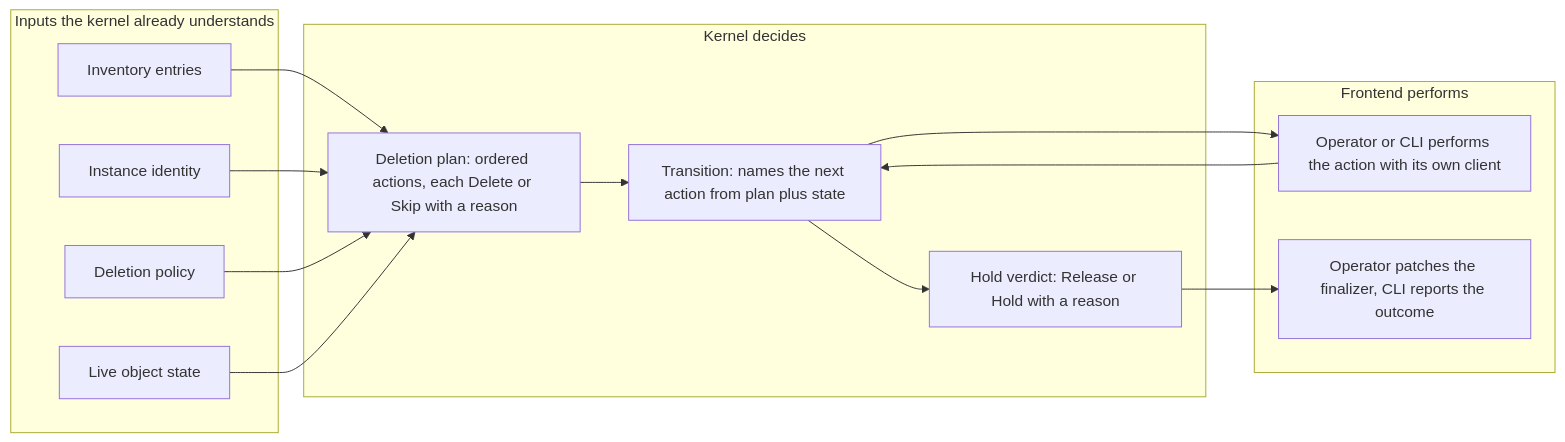
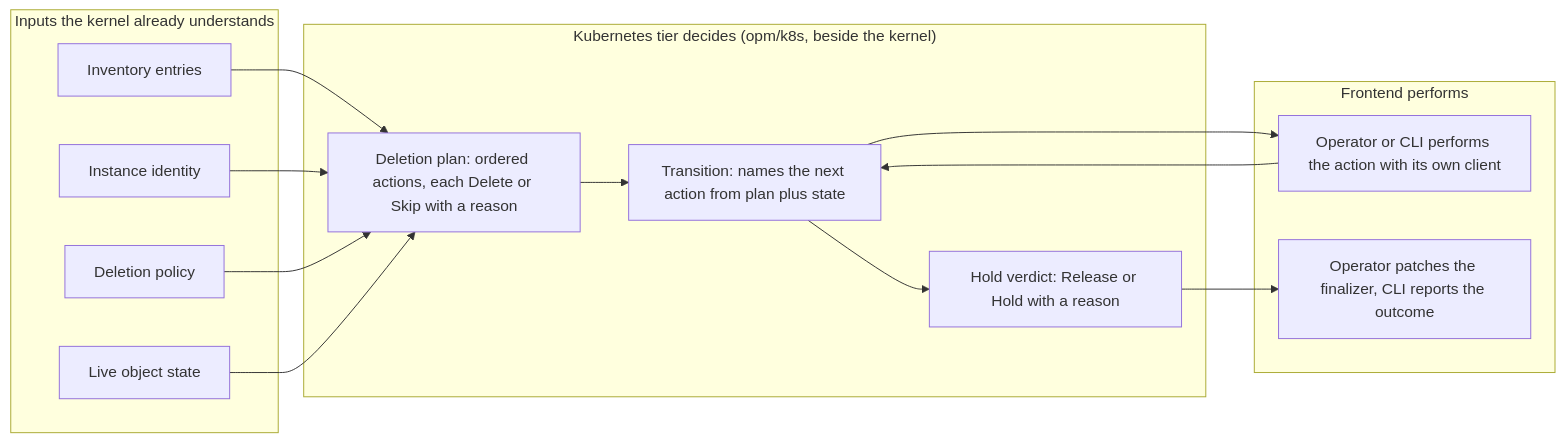
The diagram in 0012/README.md (open-platform-model/enhancements), drawn with Mermaid before and after one commit. The commit also changed other lines of this file and 11 other files, not shown here.

First line of the commit message:
docs(0012): place the Kubernetes tier beside the kernel (#82)

````diff
--- a/0012/README.md
+++ b/0012/README.md
@@ -25,27 +27,27 @@
 ```mermaid
 flowchart LR
     subgraph inputs ["Inputs the kernel already understands"]
         inv["Inventory entries"]
         ident["Instance identity"]
         pol["Deletion policy"]
         live["Live object state"]
     end
-    subgraph kernel ["Kernel decides"]
+    subgraph tier ["Kubernetes tier decides (opm/k8s, beside the kernel)"]
         plan["Deletion plan: ordered actions, each Delete or Skip with a reason"]
         next["Transition: names the next action from plan plus state"]
         hold["Hold verdict: Release or Hold with a reason"]
     end
     subgraph frontend ["Frontend performs"]
         actor["Operator or CLI performs the action with its own client"]
         fin["Operator patches the finalizer, CLI reports the outcome"]
     end
     inv --> plan
     ident --> plan
     pol --> plan
     live --> plan
     plan --> next
     next --> actor
     actor --> next
     next --> hold
     hold --> fin
 ```
````
